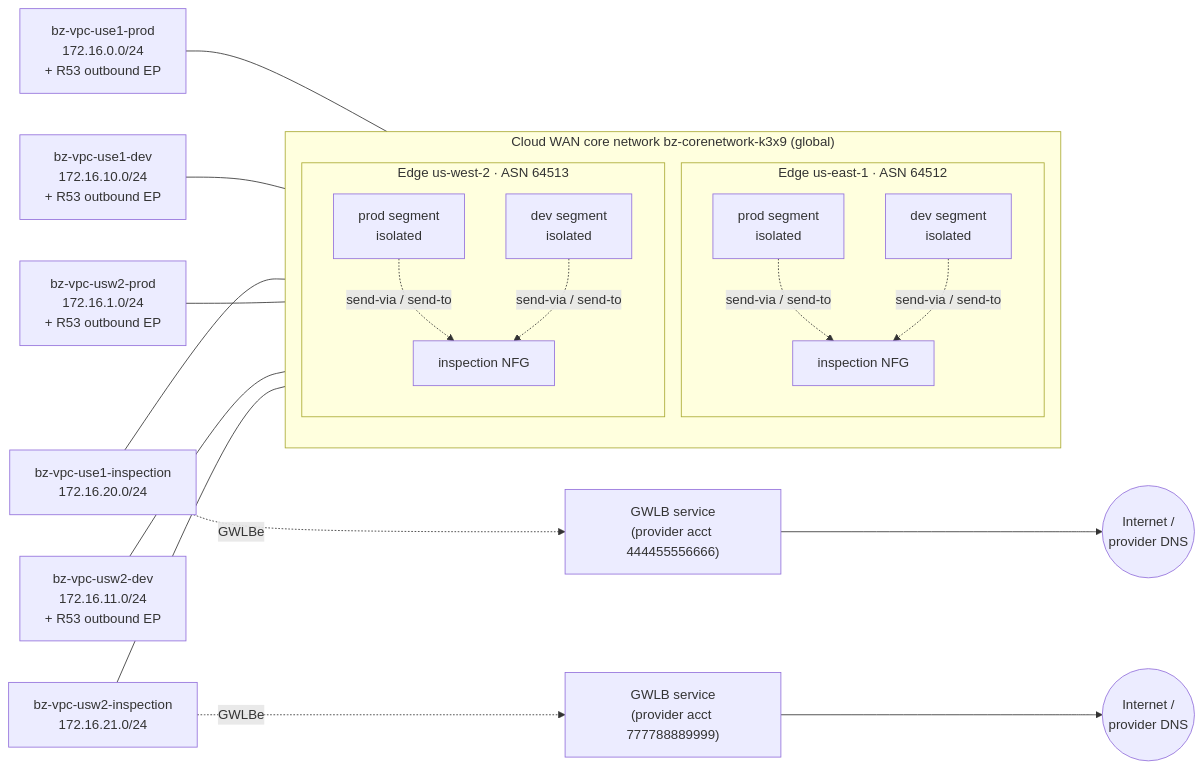
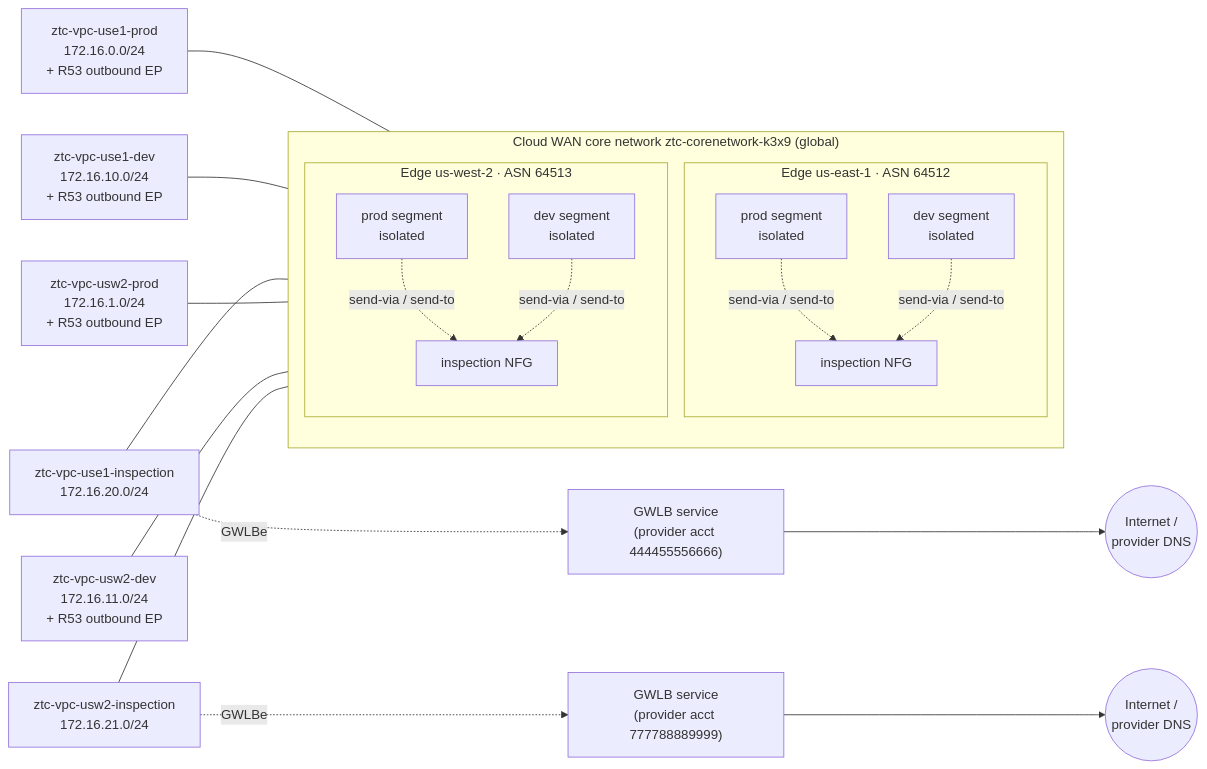
Before and after one commit to zscclabs/terraform-aws-cwan-modules: the first of 3 diagrams in docs/ARCHITECTURE.md, drawn with Mermaid. The commit also changed other lines of this file and 4 other files, not shown here.

````diff
--- a/docs/ARCHITECTURE.md
+++ b/docs/ARCHITECTURE.md
@@ -25,31 +25,31 @@
 ```mermaid
 flowchart LR
-  subgraph CWAN["Cloud WAN core network bz-corenetwork-k3x9 (global)"]
+  subgraph CWAN["Cloud WAN core network ztc-corenetwork-k3x9 (global)"]
     direction TB
     subgraph E1["Edge us-east-1 · ASN 64512"]
       P1[prod segment<br/>isolated]
       D1[dev segment<br/>isolated]
       N1[inspection NFG]
     end
     subgraph E2["Edge us-west-2 · ASN 64513"]
       P2[prod segment<br/>isolated]
       D2[dev segment<br/>isolated]
       N2[inspection NFG]
     end
   end
 
-  VP1["bz-vpc-use1-prod<br/>172.16.0.0/24<br/>+ R53 outbound EP"] --- P1
-  VD1["bz-vpc-use1-dev<br/>172.16.10.0/24<br/>+ R53 outbound EP"] --- D1
-  VI1["bz-vpc-use1-inspection<br/>172.16.20.0/24"] --- N1
-  VP2["bz-vpc-usw2-prod<br/>172.16.1.0/24<br/>+ R53 outbound EP"] --- P2
-  VD2["bz-vpc-usw2-dev<br/>172.16.11.0/24<br/>+ R53 outbound EP"] --- D2
-  VI2["bz-vpc-usw2-inspection<br/>172.16.21.0/24"] --- N2
+  VP1["ztc-vpc-use1-prod<br/>172.16.0.0/24<br/>+ R53 outbound EP"] --- P1
+  VD1["ztc-vpc-use1-dev<br/>172.16.10.0/24<br/>+ R53 outbound EP"] --- D1
+  VI1["ztc-vpc-use1-inspection<br/>172.16.20.0/24"] --- N1
+  VP2["ztc-vpc-usw2-prod<br/>172.16.1.0/24<br/>+ R53 outbound EP"] --- P2
+  VD2["ztc-vpc-usw2-dev<br/>172.16.11.0/24<br/>+ R53 outbound EP"] --- D2
+  VI2["ztc-vpc-usw2-inspection<br/>172.16.21.0/24"] --- N2
 
   P1 & D1 -. send-via / send-to .-> N1
   P2 & D2 -. send-via / send-to .-> N2
 
   VI1 -. GWLBe .-> G1["GWLB service<br/>(provider acct 444455556666)"]
   VI2 -. GWLBe .-> G2["GWLB service<br/>(provider acct 777788889999)"]
   G1 --> I1((Internet /<br/>provider DNS))
   G2 --> I2((Internet /<br/>provider DNS))
 ```
````
